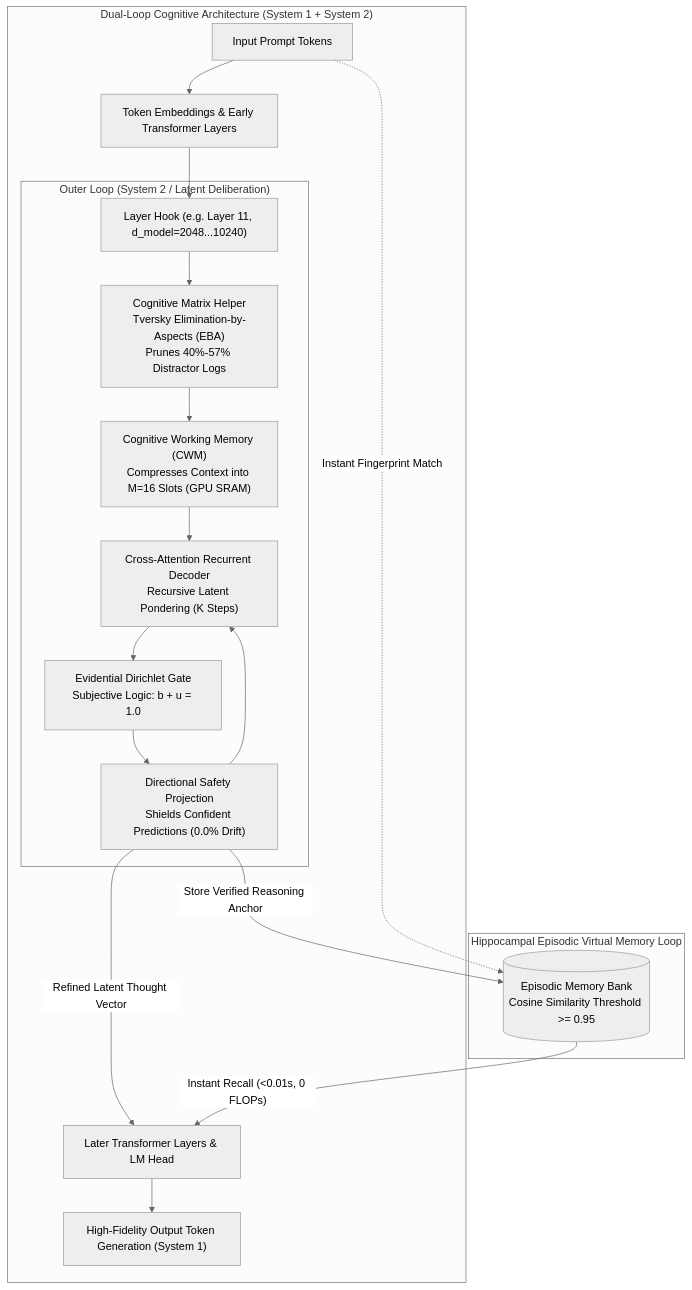
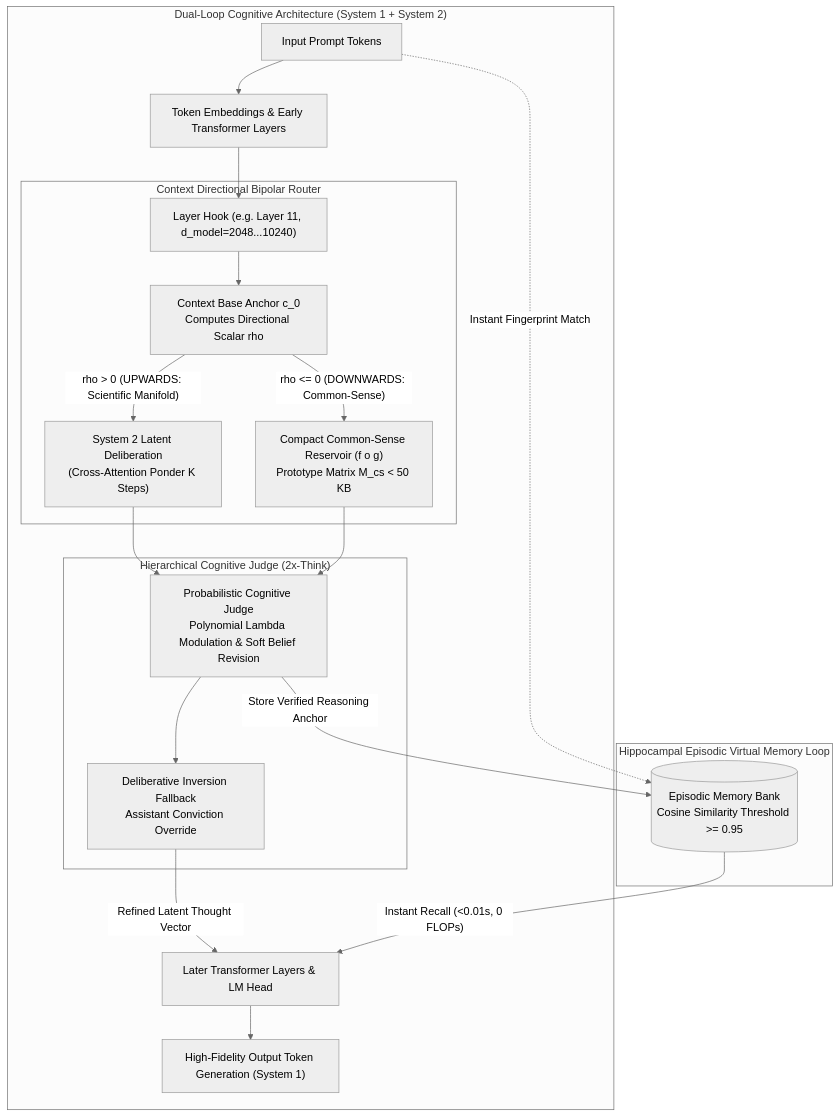
One commit to Ch3nOff/dual-loop-controller changed the diagram in README.md. Above: the diagram before and after it, drawn with Mermaid (neutral theme). The commit also changed other lines of this file and 6 other files, not shown here.

Commit message:
docs(release): bump to v2.3.0, update READMEs with 76.00% benchmark, add system comparison graph and token overload analysis

````diff
--- a/README.md
+++ b/README.md
@@ -25,25 +25,28 @@
 ```mermaid
 graph TD
     subgraph "Dual-Loop Cognitive Architecture (System 1 + System 2)"
         In["Input Prompt Tokens"] --> Emb["Token Embeddings & Early Transformer Layers"]
         Emb --> LHook["Layer Hook (e.g. Layer 11, d_model=2048...10240)"]
         
-        subgraph "Outer Loop (System 2 / Latent Deliberation)"
-            LHook --> Matrix["Cognitive Matrix Helper\nTversky Elimination-by-Aspects (EBA)\nPrunes 40%-57% Distractor Logs"]
-            Matrix --> CWM["Cognitive Working Memory (CWM)\nCompresses Context into M=16 Slots (GPU SRAM)"]
-            CWM --> Dec["Cross-Attention Recurrent Decoder\nRecursive Latent Pondering (K Steps)"]
-            Dec --> Evid["Evidential Dirichlet Gate\nSubjective Logic: b + u = 1.0"]
-            Evid --> Safety["Directional Safety Projection\nShields Confident Predictions (0.0% Drift)"]
-            Safety --> Dec
+        subgraph "Context Directional Bipolar Router"
+            LHook --> Anchor["Context Base Anchor c_0\nComputes Directional Scalar rho"]
+            Anchor -->|"rho > 0 (UPWARDS: Scientific Manifold)"| S2["System 2 Latent Deliberation\n(Cross-Attention Ponder K Steps)"]
+            Anchor -->|"rho <= 0 (DOWNWARDS: Common-Sense)"| CSR["Compact Common-Sense Reservoir (f o g)\nPrototype Matrix M_cs < 50 KB"]
+        end
+
+        subgraph "Hierarchical Cognitive Judge (2x-Think)"
+            S2 --> Judge["Probabilistic Cognitive Judge\nPolynomial Lambda Modulation & Soft Belief Revision"]
+            CSR --> Judge
+            Judge --> Fallback["Deliberative Inversion Fallback\nAssistant Conviction Override"]
         end
         
-        Safety -->|"Refined Latent Thought Vector"| Post["Later Transformer Layers & LM Head"]
+        Fallback -->|"Refined Latent Thought Vector"| Post["Later Transformer Layers & LM Head"]
         Post --> Out["High-Fidelity Output Token Generation (System 1)"]
     end
     
     subgraph "Hippocampal Episodic Virtual Memory Loop"
-        Safety -->|"Store Verified Reasoning Anchor"| Mem[("Episodic Memory Bank\nCosine Similarity Threshold >= 0.95")]
+        Judge -->|"Store Verified Reasoning Anchor"| Mem[("Episodic Memory Bank\nCosine Similarity Threshold >= 0.95")]
         In -.->|"Instant Fingerprint Match"| Mem
         Mem -->|"Instant Recall (<0.01s, 0 FLOPs)"| Post
     end
 ```
````
